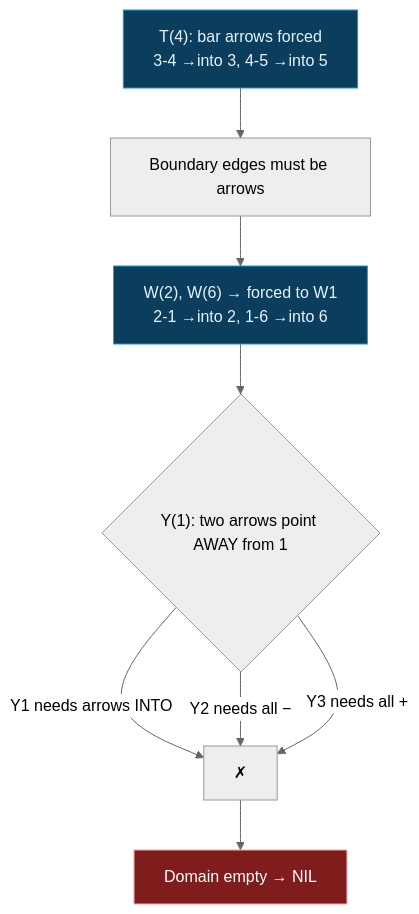
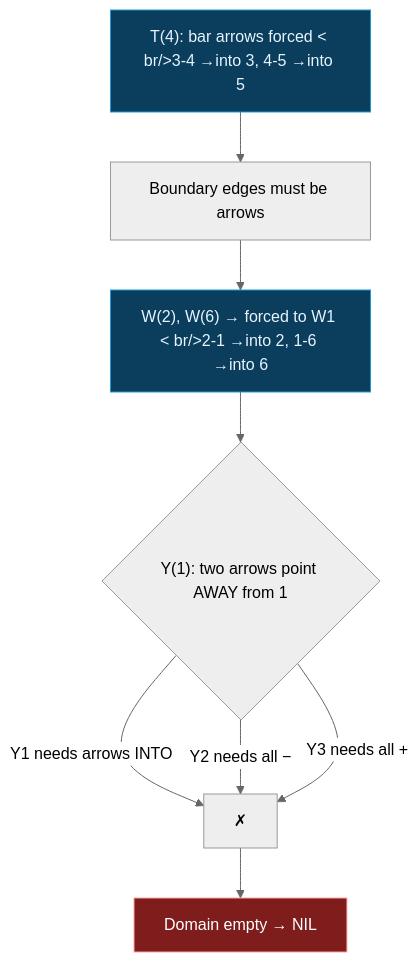
The diagram in src/content/papers/25t1-an/07-constraint-satisfaction.mdx (vbordia/aifu), drawn with Mermaid (neutral theme) before and after one commit. The commit also changed other lines of this file and 146 other files, not shown here.

````diff
--- a/src/content/papers/25t1-an/07-constraint-satisfaction.mdx
+++ b/src/content/papers/25t1-an/07-constraint-satisfaction.mdx
@@ -106,13 +239,13 @@
 ```mermaid
 graph TD
-    A["T(4): bar arrows forced<br/>3-4 →into 3, 4-5 →into 5"] --> B["Boundary edges must be arrows"]
-    B --> C["W(2), W(6) → forced to W1<br/>2-1 →into 2, 1-6 →into 6"]
+    A["T(4): bar arrows forced &lt; br/>3-4 →into 3, 4-5 →into 5"] --> B["Boundary edges must be arrows"]
+    B --> C["W(2), W(6) → forced to W1 &lt; br/>2-1 →into 2, 1-6 →into 6"]
     C --> D{"Y(1): two arrows point AWAY from 1"}
     D -->|"Y1 needs arrows INTO"| E["✗"]
     D -->|"Y2 needs all −"| E
     D -->|"Y3 needs all +"| E
     E --> F["Domain empty → NIL"]
     style F fill:#7f1d1d,stroke:#fca5a5,color:#fff
     style A fill:#0b3d5c,stroke:#1d9ad6,color:#e6f4ff
     style C fill:#0b3d5c,stroke:#1d9ad6,color:#e6f4ff
 ```
````
